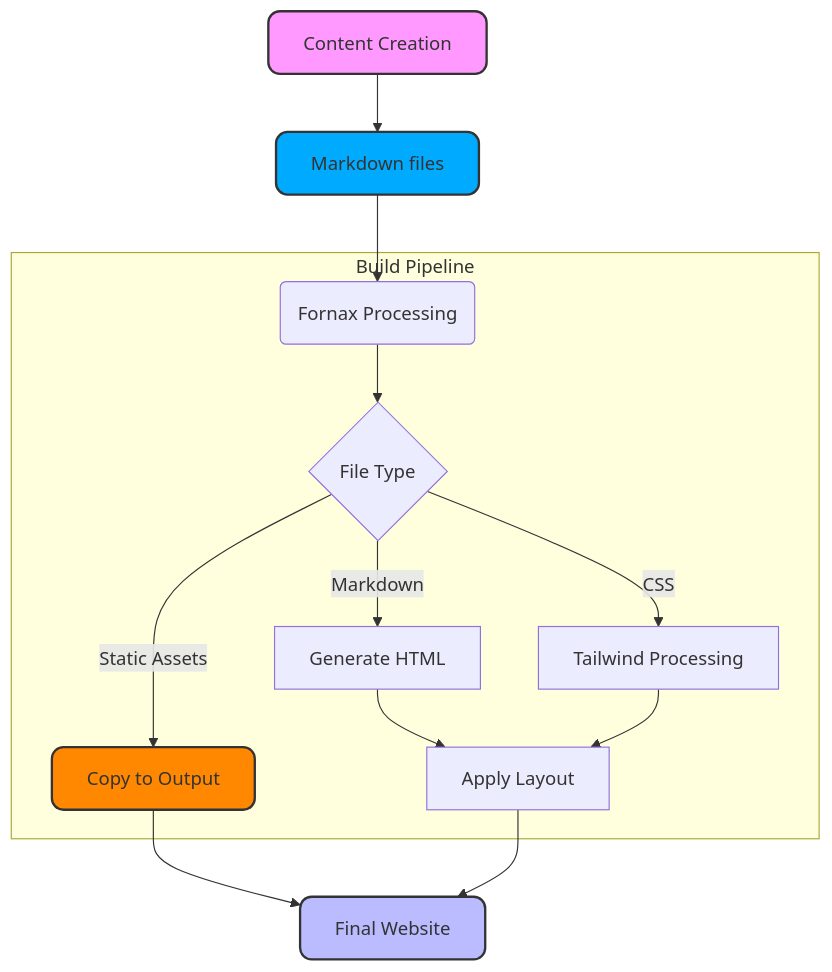
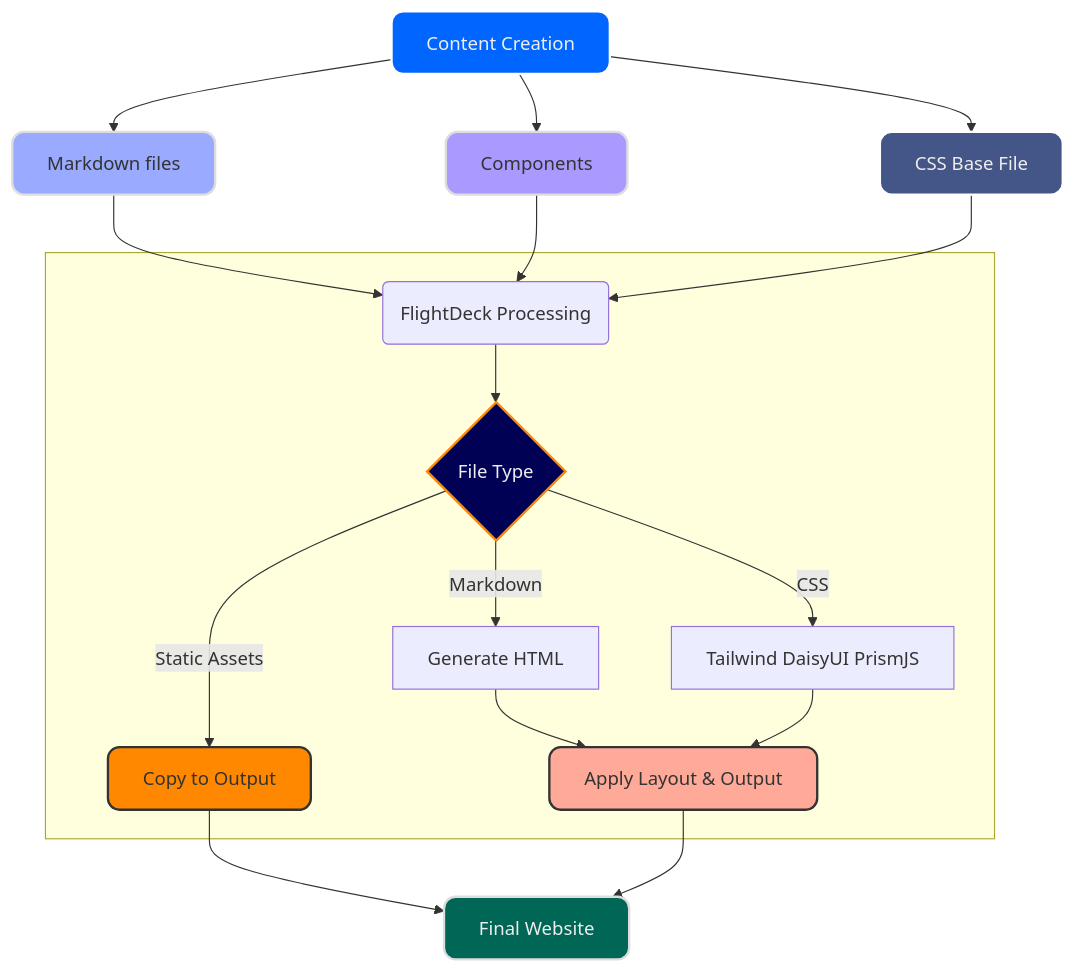
The diagram in src/generator/pages/about.md (speakez-llc/FornaxHome), drawn with Mermaid before and after one commit. The commit also changed other lines of this file and 2 other files, not shown here.

Commit message:
Site build update

````diff
--- a/src/generator/pages/about.md
+++ b/src/generator/pages/about.md
@@ -53,27 +59,35 @@
 ```mermaid
 flowchart TD
     A[Content Creation] --> M[Markdown files]
-    M --> B(Fornax Processing)
+    A[Content Creation] --> S[CSS Base File]
+    A[Content Creation] --> P[Components]
+    M --> B(FlightDeck Processing)
+    P --> B(FlightDeck Processing)
+    S --> B(FlightDeck Processing)
     B --> C{File Type}
     C -->|Markdown| D[Generate HTML]
-    C -->|CSS| E[Tailwind Processing]
+    C -->|CSS| E[Tailwind DaisyUI PrismJS]
     C -->|Static Assets| F[Copy to Output]
-    D --> G[Apply Layout]
+    D --> G[Apply Layout & Output]
     E --> G
     F --> H[Final Website]
     G --> H
     
-    subgraph "Build Pipeline"
+    subgraph " "
     B
     C
     D
     E
     F
     G
     end
     
-    style M fill:#0AF,stroke:#333,stroke-width:2px,rx:10,ry:10,padding:10px;
-    style A fill:#F9F,stroke:#333,stroke-width:2px,rx:10,ry:10,padding:10px;
-    style H fill:#bbf,stroke:#333,stroke-width:2px,rx:10,ry:10,padding:10px;
+    style C fill:#005,stroke:#F80,stroke-width:2px,rx:10,ry:10,padding:10px,color:#EEE;
+    style P fill:#A9F,stroke:#DDD,stroke-width:2px,rx:10,ry:10,padding:10px;
+    style M fill:#9AF,stroke:#DDD,stroke-width:2px,rx:10,ry:10,padding:10px;
+    style S fill:#458,stroke:#FFF,stroke-width:2px,rx:10,ry:10,padding:10px,color:#EEE;
+    style A fill:#06F,stroke:#FFF,stroke-width:2px,rx:10,ry:10,padding:10px,color:#EEE;
+    style H fill:#065,stroke:#DDD,stroke-width:2px,rx:10,ry:10,padding:10px,color:#EEE;
     style F fill:#F80,stroke:#333,stroke-width:2px,rx:10,ry:10,padding:10px;
+    style G fill:#FA9,stroke:#333,stroke-width:2px,rx:10,ry:10,padding:10px;
 ```
````
